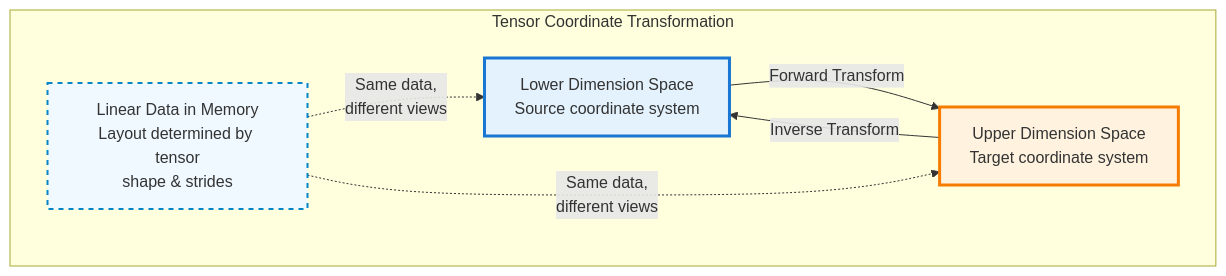
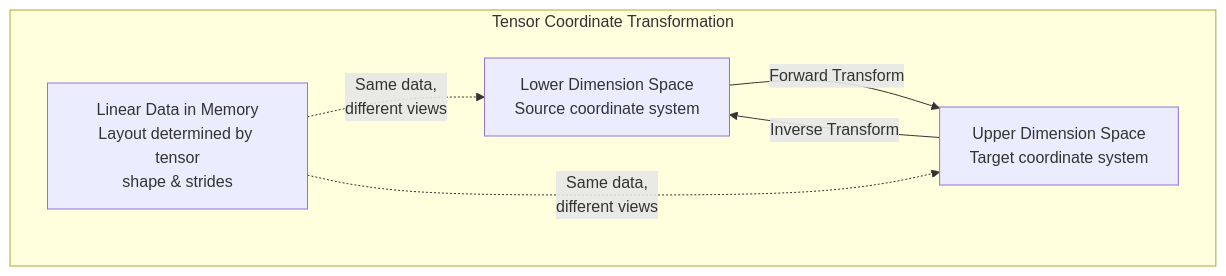
Before and after one commit to hdt98/rocm-libraries: the first of 12 diagrams in projects/composablekernel/docs/conceptual/ck_tile/transforms.rst, drawn with Mermaid. The commit also changed other lines of this file and 21 other files, not shown here.

First line of the commit message:
[ck] Updated CK Tile documentation to use mermaid diagrams (#7955)

```diff
--- a/projects/composablekernel/docs/conceptual/ck_tile/transforms.rst
+++ b/projects/composablekernel/docs/conceptual/ck_tile/transforms.rst
@@ -35,19 +32,15 @@
-      .. mermaid::
-      
-         graph TB
-             subgraph "Tensor Coordinate Transformation"
-                 US["Lower Dimension Space<br/>Source coordinate system"]
-                 LS["Upper Dimension Space<br/>Target coordinate system"]
-                 
-                 DATA["Linear Data in Memory<br/>Layout determined by tensor<br/>shape & strides"]
-             end
-             
-             US -->|"Forward Transform"| LS
-             LS -->|"Inverse Transform"| US
-             
-             DATA -.->|"Same data,<br/>different views"| US
-             DATA -.->|"Same data,<br/>different views"| LS
-             
-             style US fill:#e3f2fd,stroke:#1976d2,stroke-width:3px
-             style LS fill:#fff3e0,stroke:#f57c00,stroke-width:3px
-             style DATA fill:#f0f9ff,stroke:#0284c7,stroke-width:2px,stroke-dasharray: 5 5
+.. mermaid::
+
+   graph TB
+       subgraph "Tensor Coordinate Transformation"
+           US["Lower Dimension Space<br/>Source coordinate system"]
+           LS["Upper Dimension Space<br/>Target coordinate system"]
+
+           DATA["Linear Data in Memory<br/>Layout determined by tensor<br/>shape & strides"]
+       end
+
+       US -->|"Forward Transform"| LS
+       LS -->|"Inverse Transform"| US
+
+       DATA -.->|"Same data,<br/>different views"| US
+       DATA -.->|"Same data,<br/>different views"| LS
```
